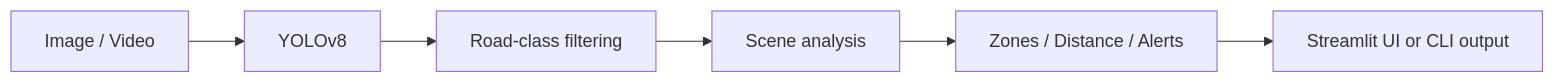
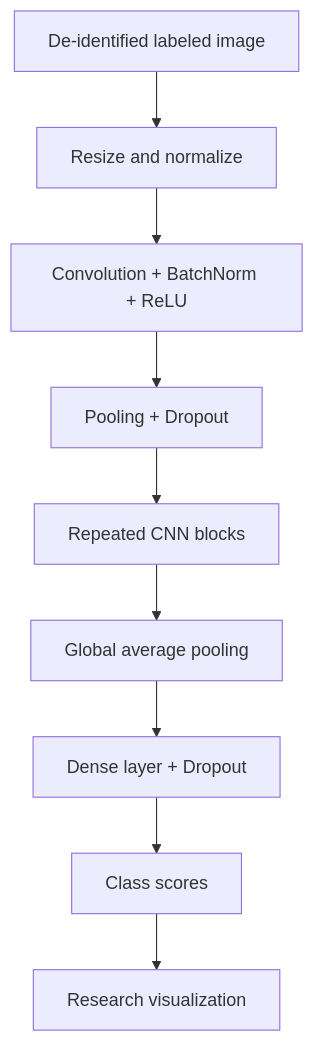
One commit to Praveen5722/road-scene-yolo changed the diagram in README.md. Above: the diagram before and after it, drawn with Mermaid. The commit also changed other lines of this file, not shown here.

Commit message:
Document medical image diagnosis prototype

````diff
--- a/README.md
+++ b/README.md
@@ -106,8 +113,11 @@
 ```mermaid
-flowchart LR
-    A[Image / Video] --> B[YOLOv8]
-    B --> C[Road-class filtering]
-    C --> D[Scene analysis]
-    D --> E[Zones / Distance / Alerts]
-    E --> F[Streamlit UI or CLI output]
+flowchart TD
+    A[De-identified labeled image] --> B[Resize and normalize]
+    B --> C[Convolution + BatchNorm + ReLU]
+    C --> D[Pooling + Dropout]
+    D --> E[Repeated CNN blocks]
+    E --> F[Global average pooling]
+    F --> G[Dense layer + Dropout]
+    G --> H[Class scores]
+    H --> I[Research visualization]
 ```
````
